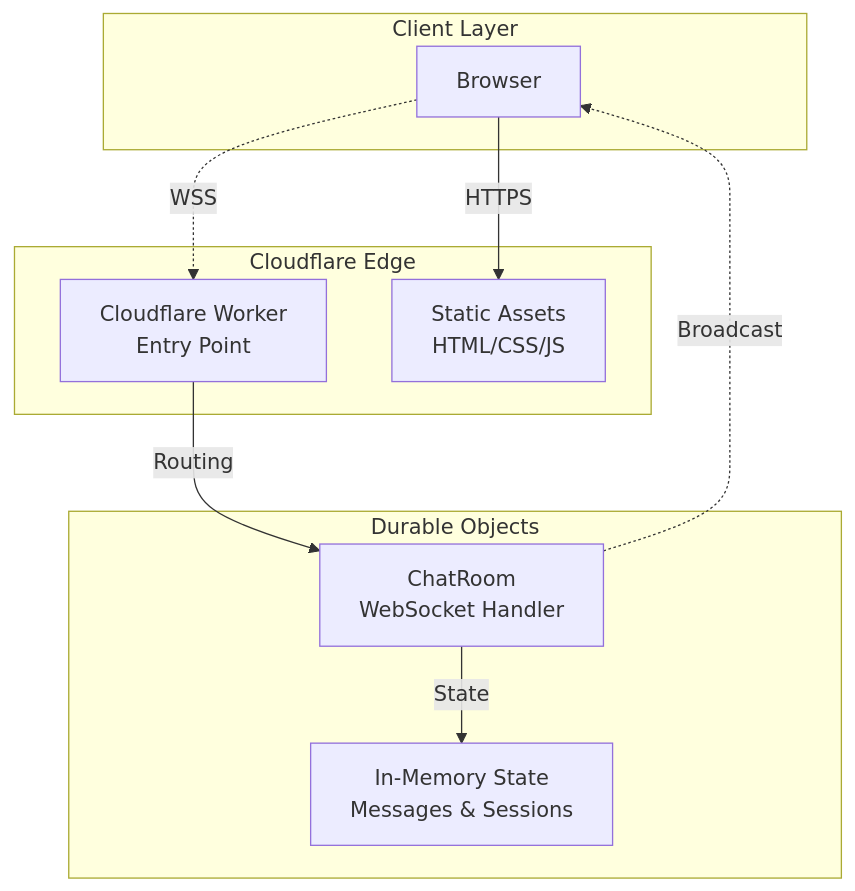
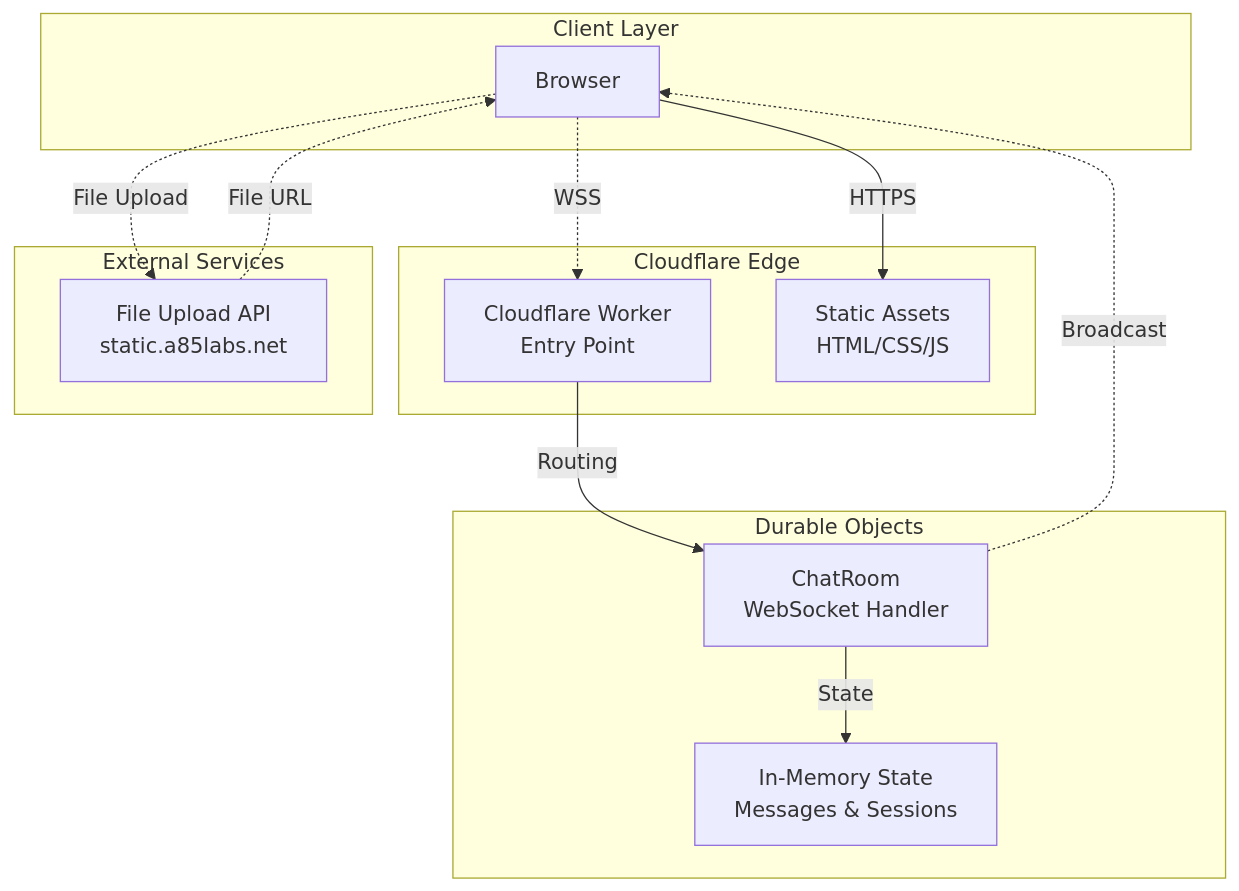
Before and after one commit to gguatit/Anonymous_Chat: the diagram in README.md, drawn with Mermaid. The commit also changed other lines of this file and 1 other file, not shown here.

````diff
--- a/README.md
+++ b/README.md
@@ -102,22 +112,28 @@
 ```mermaid
 graph TB
     subgraph "Client Layer"
         A[Browser]
     end
     
     subgraph "Cloudflare Edge"
         B[Cloudflare Worker<br/>Entry Point]
         C[Static Assets<br/>HTML/CSS/JS]
     end
     
     subgraph "Durable Objects"
         D[ChatRoom<br/>WebSocket Handler]
         E[In-Memory State<br/>Messages & Sessions]
     end
     
+    subgraph "External Services"
+        F[File Upload API<br/>static.a85labs.net]
+    end
+    
     A -->|HTTPS| C
     A -.->|WSS| B
+    A -.->|File Upload| F
     B -->|Routing| D
     D -->|State| E
     D -.->|Broadcast| A
+    F -.->|File URL| A
 ```
````
